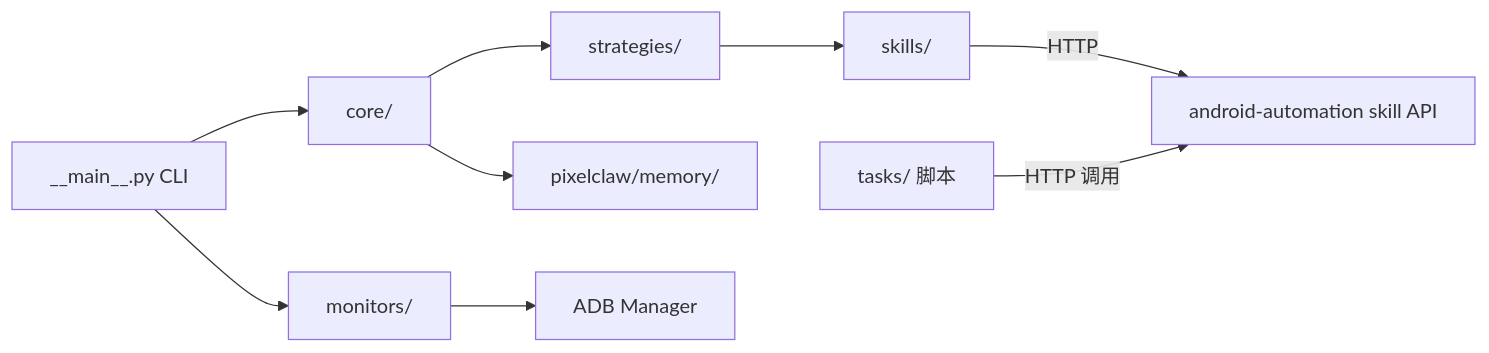
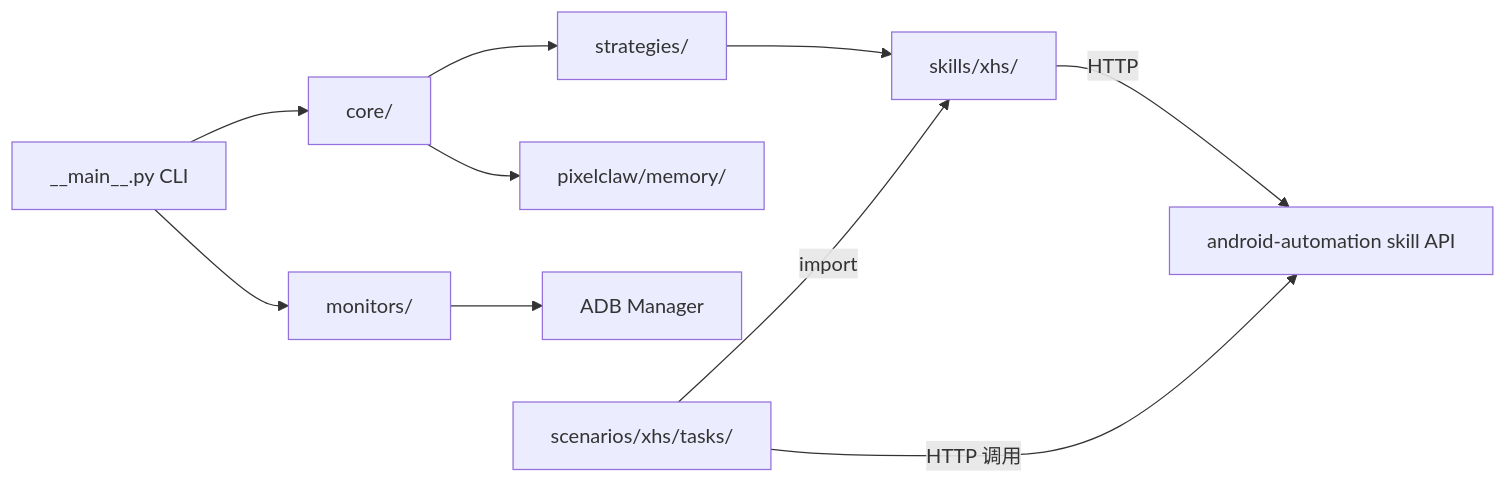
Before and after one commit to laiyinyizao007/pixelclaw: the second of 2 diagrams in PROJECTWIKI.md, drawn with Mermaid. The commit also changed other lines of this file and 19 other files, not shown here.

````diff
--- a/PROJECTWIKI.md
+++ b/PROJECTWIKI.md
@@ -25,11 +25,12 @@
 ```mermaid
 flowchart LR
     CLI[__main__.py CLI] --> Core[core/]
     CLI --> Mon[monitors/]
     Core --> Strat[strategies/]
     Core --> Mem[pixelclaw/memory/]
-    Strat --> Skill[skills/]
+    Strat --> Skill[skills/xhs/]
     Mon --> ADB[ADB Manager]
     Skill -->|HTTP| API[android-automation skill API]
-    Tasks[tasks/ 脚本] -->|HTTP 调用| API
+    ScenTasks[scenarios/xhs/tasks/] -->|import| Skill
+    ScenTasks -->|HTTP 调用| API
 ```
````
